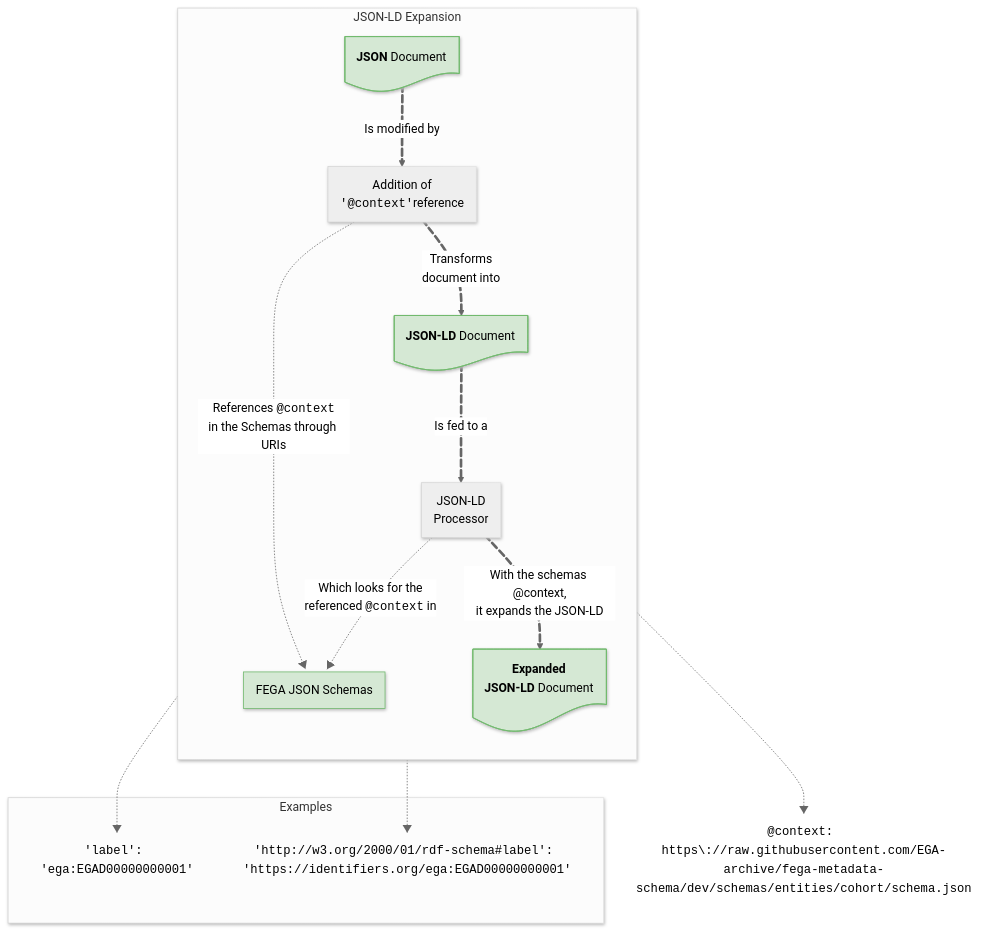
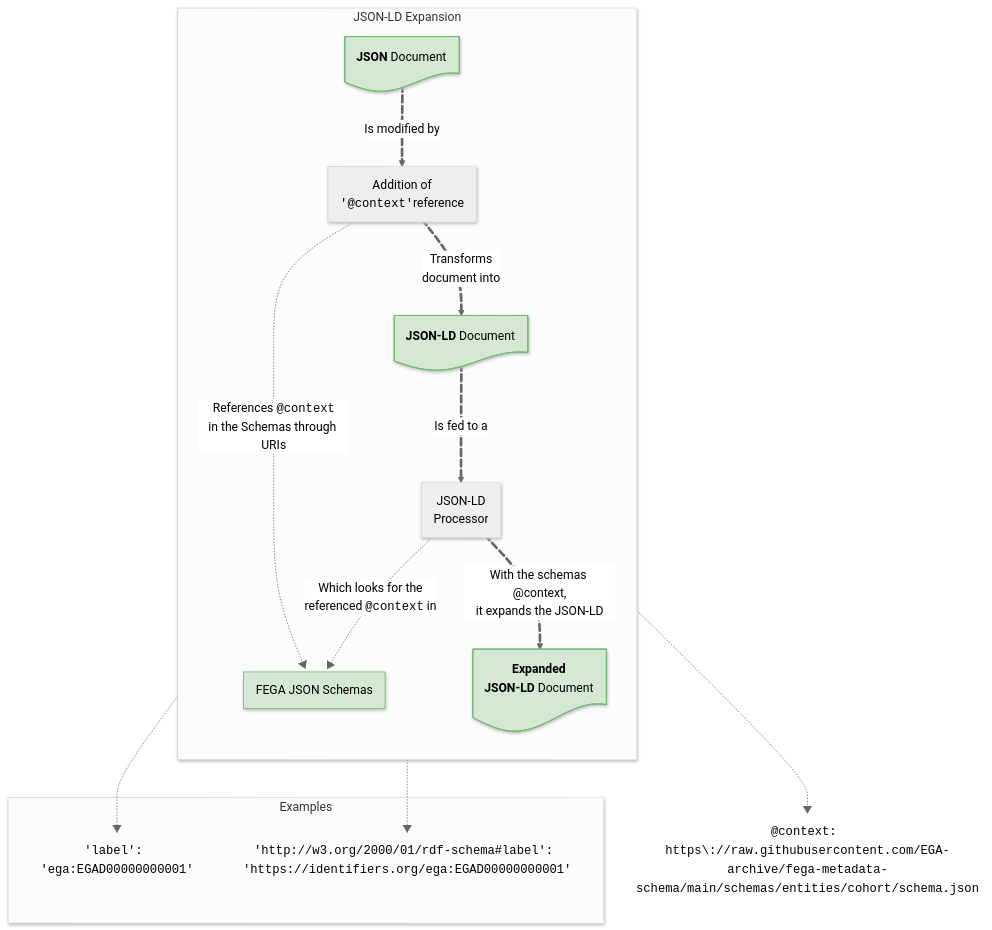
Diagram 12 of 13 in docs/FEGA-metadata-technical-report.md (EGA-archive/fega-metadata-schema), drawn with Mermaid before and after one commit. The commit also changed other lines of this file and 6 other files, not shown here.

````diff
--- a/docs/FEGA-metadata-technical-report.md
+++ b/docs/FEGA-metadata-technical-report.md
@@ -1947,51 +1933,51 @@
 ```mermaid
 ---
 config:
   theme: neutral
   look: neo
   layout: dagre
 ---
 flowchart TB
  subgraph s1["JSON-LD Expansion"]
     direction TB
         n1["<b>JSON </b>Document"]
         n4@{ label: "Addition of <br><code>'@context'</code>reference" }
         n5["<b>JSON-LD</b> Document"]
         n3["FEGA JSON Schemas"]
         n6["JSON-LD<br>Processor"]
         n7["<b>Expanded<br>JSON-LD</b> Document"]
   end
  subgraph s2["Examples"]
         n8@{ label: "<code>'label': 'ega:EGAD00000000001'</code>" }
         n10@{ label: "<code>'http\\://w3.org/2000/01/rdf-schema#label': 'https\\://identifiers.org/ega:EGAD00000000001'</code>" }
   end
     n1 L_n1_n4_0@== Is modified by ==> n4
     n4 L_n4_n5_0@== Transforms <br>document into ==> n5
     n4 -. References <code>@context</code><br>in the Schemas through URIs .-> n3
     n5 L_n5_n6_0@== Is fed to a ==> n6
     n6 -. Which looks for the<br>referenced <code>@context</code> in .-> n3
     n6 L_n6_n7_0@== "With the schemas @context,<br>it expands the JSON-LD" ==> n7
     n1 -.-> n8
-    n4 -.-> n9["<code>@context: https\://raw.githubusercontent.com/EGA-archive/fega-metadata-schema/dev/schemas/entities/cohort/schema.json</code>"]
+    n4 -.-> n9["<code>@context: https\://raw.githubusercontent.com/EGA-archive/fega-metadata-schema/main/schemas/entities/cohort/schema.json</code>"]
     n7 -.-> n10
     n1@{ shape: doc}
     n4@{ shape: proc}
     n5@{ shape: doc}
     n6@{ shape: proc}
     n7@{ shape: doc}
     n8@{ shape: text}
     n10@{ shape: text}
     n9@{ shape: text}
      n1:::datafile
      n5:::datafile
      n3:::datafile
      n7:::datafile
     classDef biomaterial fill:#B3D9FF,stroke:#4C8BF5,stroke-width:1px
     classDef process    fill:#FFE5CC,stroke:#F5A45D,stroke-width:1px
     classDef protocol fill:#FFE5CC, stroke:#F5A45D, stroke-width:1px, fill:#feeedf, background-color:#feeedf, stroke-dasharray: 1
     classDef datafile fill:#D5E8D4, stroke:#6FB96C, stroke-width:1px
     L_n1_n4_0@{ animation: slow } 
     L_n4_n5_0@{ animation: slow } 
     L_n5_n6_0@{ animation: slow } 
     L_n6_n7_0@{ animation: slow }
 ```
````
